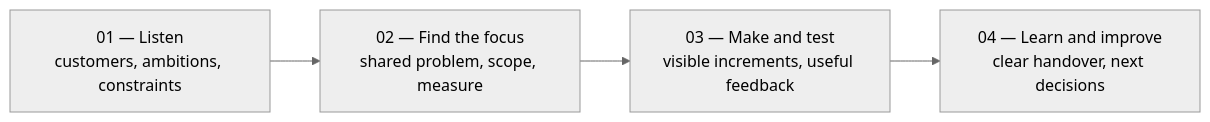
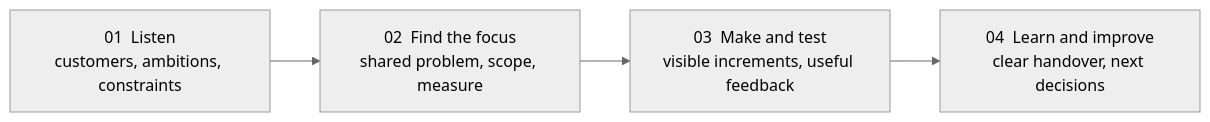
Before and after one commit to BrandUpCrew/BrandUpCrew: the first of 4 diagrams in README.md, drawn with Mermaid (neutral theme). The commit also changed other lines of this file, not shown here.

````diff
--- a/README.md
+++ b/README.md
@@ -186,6 +186,6 @@
 ```mermaid
 flowchart LR
-  A["01 — Listen<br/>customers, ambitions, constraints"] --> B["02 — Find the focus<br/>shared problem, scope, measure"]
-  B --> C["03 — Make and test<br/>visible increments, useful feedback"]
-  C --> D["04 — Learn and improve<br/>clear handover, next decisions"]
+  A["01  Listen<br/>customers, ambitions, constraints"] --> B["02  Find the focus<br/>shared problem, scope, measure"]
+  B --> C["03  Make and test<br/>visible increments, useful feedback"]
+  C --> D["04  Learn and improve<br/>clear handover, next decisions"]
 ```
````
